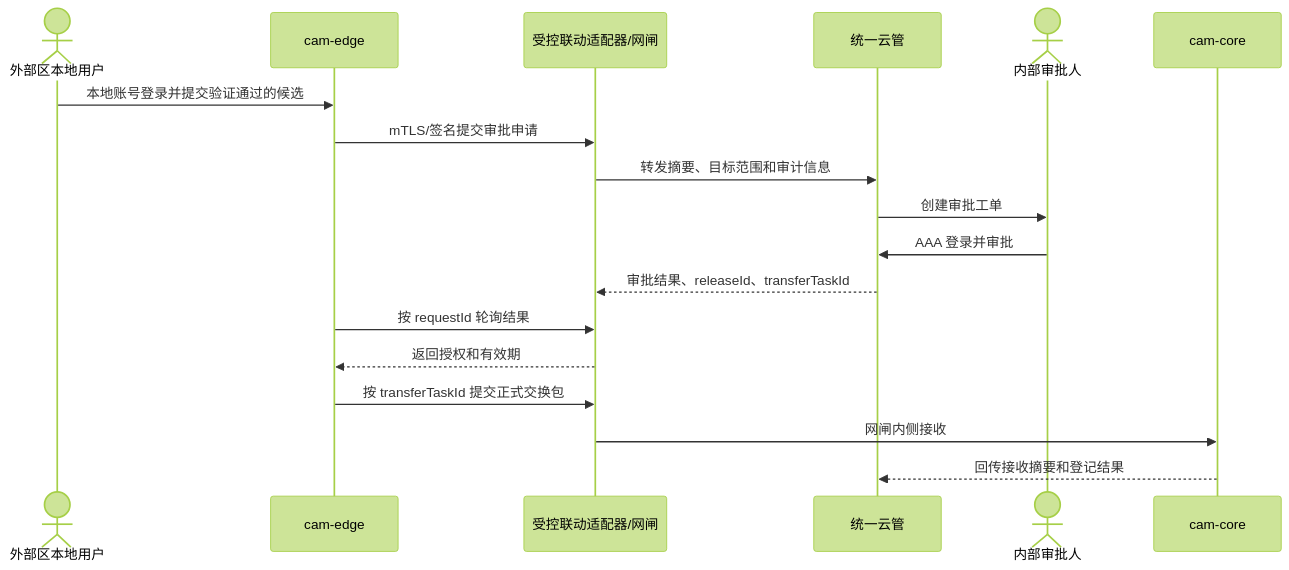
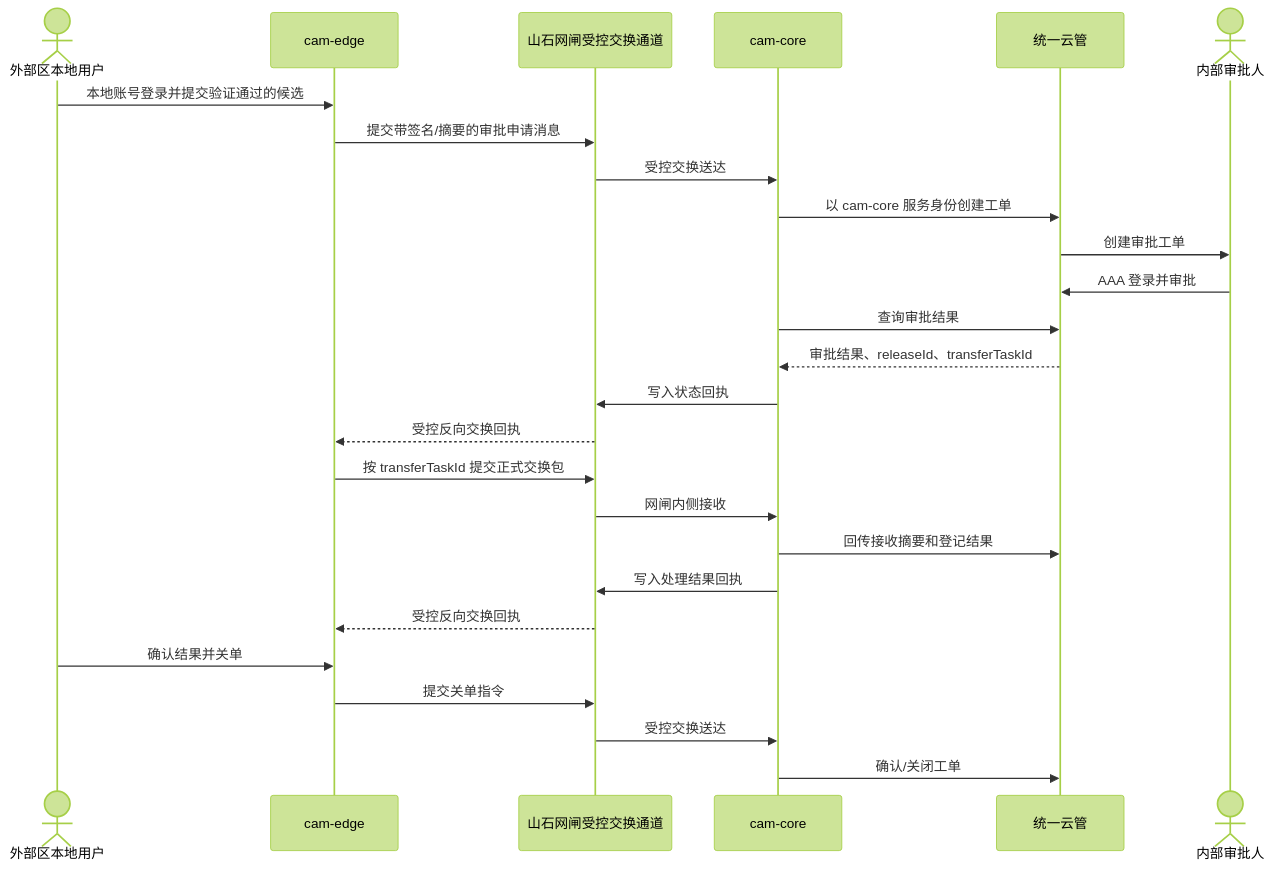
One commit to dongsweet/cloud-artifact-management changed the third of 3 diagrams in docs/technical-solution.md. Above: the diagram before and after it, drawn with Mermaid (forest theme). The commit also changed other lines of this file and 10 other files, not shown here.

Commit message:
feat: add core cloud approval workflow

````diff
--- a/docs/technical-solution.md
+++ b/docs/technical-solution.md
@@ -581,21 +593,29 @@
 ```mermaid
 sequenceDiagram
     actor E as 外部区本地用户
     participant Edge as cam-edge
-    participant Gate as 受控联动适配器/网闸
+    participant Gate as 山石网闸受控交换通道
+    participant Core as cam-core
     participant Cloud as 统一云管
     actor A as 内部审批人
-    participant Core as cam-core
 
     E->>Edge: 本地账号登录并提交验证通过的候选
-    Edge->>Gate: mTLS/签名提交审批申请
-    Gate->>Cloud: 转发摘要、目标范围和审计信息
+    Edge->>Gate: 提交带签名/摘要的审批申请消息
+    Gate->>Core: 受控交换送达
+    Core->>Cloud: 以 cam-core 服务身份创建工单
     Cloud->>A: 创建审批工单
     A->>Cloud: AAA 登录并审批
-    Cloud-->>Gate: 审批结果、releaseId、transferTaskId
-    Edge->>Gate: 按 requestId 轮询结果
-    Gate-->>Edge: 返回授权和有效期
+    Core->>Cloud: 查询审批结果
+    Cloud-->>Core: 审批结果、releaseId、transferTaskId
+    Core->>Gate: 写入状态回执
+    Gate-->>Edge: 受控反向交换回执
     Edge->>Gate: 按 transferTaskId 提交正式交换包
     Gate->>Core: 网闸内侧接收
-    Core-->>Cloud: 回传接收摘要和登记结果
+    Core->>Cloud: 回传接收摘要和登记结果
+    Core->>Gate: 写入处理结果回执
+    Gate-->>Edge: 受控反向交换回执
+    E->>Edge: 确认结果并关单
+    Edge->>Gate: 提交关单指令
+    Gate->>Core: 受控交换送达
+    Core->>Cloud: 确认/关闭工单
 ```
````
